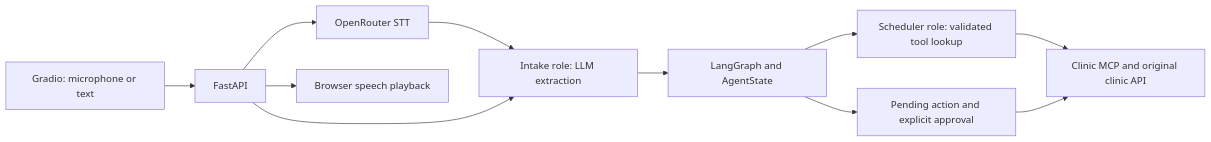
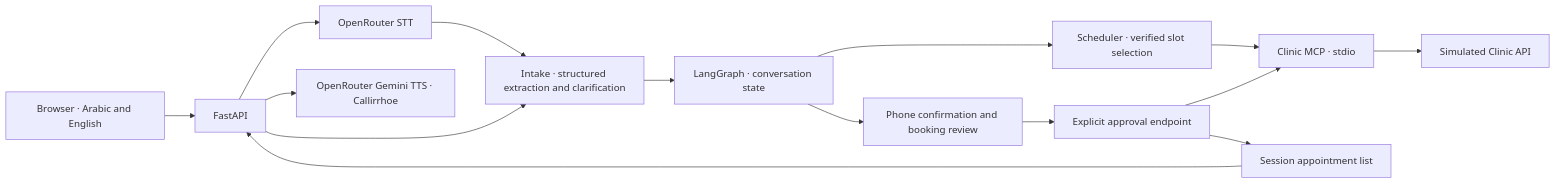
The diagram in README.md (mohanadmasri/zaytoun-voice-receptionist), drawn with Mermaid before and after one commit. The commit also changed other lines of this file and 69 other files, not shown here.

````diff
--- a/README.md
+++ b/README.md
@@ -23,13 +13,17 @@
 ```mermaid
 flowchart LR
-    UI[Gradio: microphone or text] --> API[FastAPI]
+    UI[Browser · Arabic and English] --> API[FastAPI]
     API --> STT[OpenRouter STT]
-    STT --> Intake[Intake role: LLM extraction]
+    STT --> Intake[Intake · structured extraction and clarification]
     API --> Intake
-    Intake --> Graph[LangGraph and AgentState]
-    Graph --> Scheduler[Scheduler role: validated tool lookup]
-    Scheduler --> MCP[Clinic MCP and original clinic API]
-    Graph --> Gate[Pending action and explicit approval]
-    Gate --> MCP
-    API --> TTS[Browser speech playback]
+    Intake --> Graph[LangGraph · conversation state]
+    Graph --> Scheduler[Scheduler · verified slot selection]
+    Scheduler --> MCP[Clinic MCP · stdio]
+    MCP --> Clinic[Simulated Clinic API]
+    Graph --> Review[Phone confirmation and booking review]
+    Review --> Approval[Explicit approval endpoint]
+    Approval --> MCP
+    Approval --> Memory[Session appointment list]
+    Memory --> API
+    API --> TTS[OpenRouter Gemini TTS · Callirrhoe]
 ```
````
